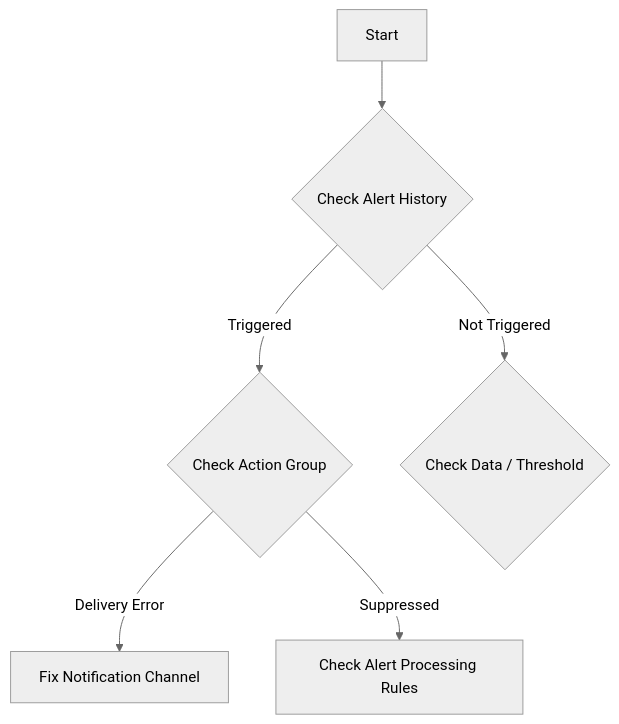
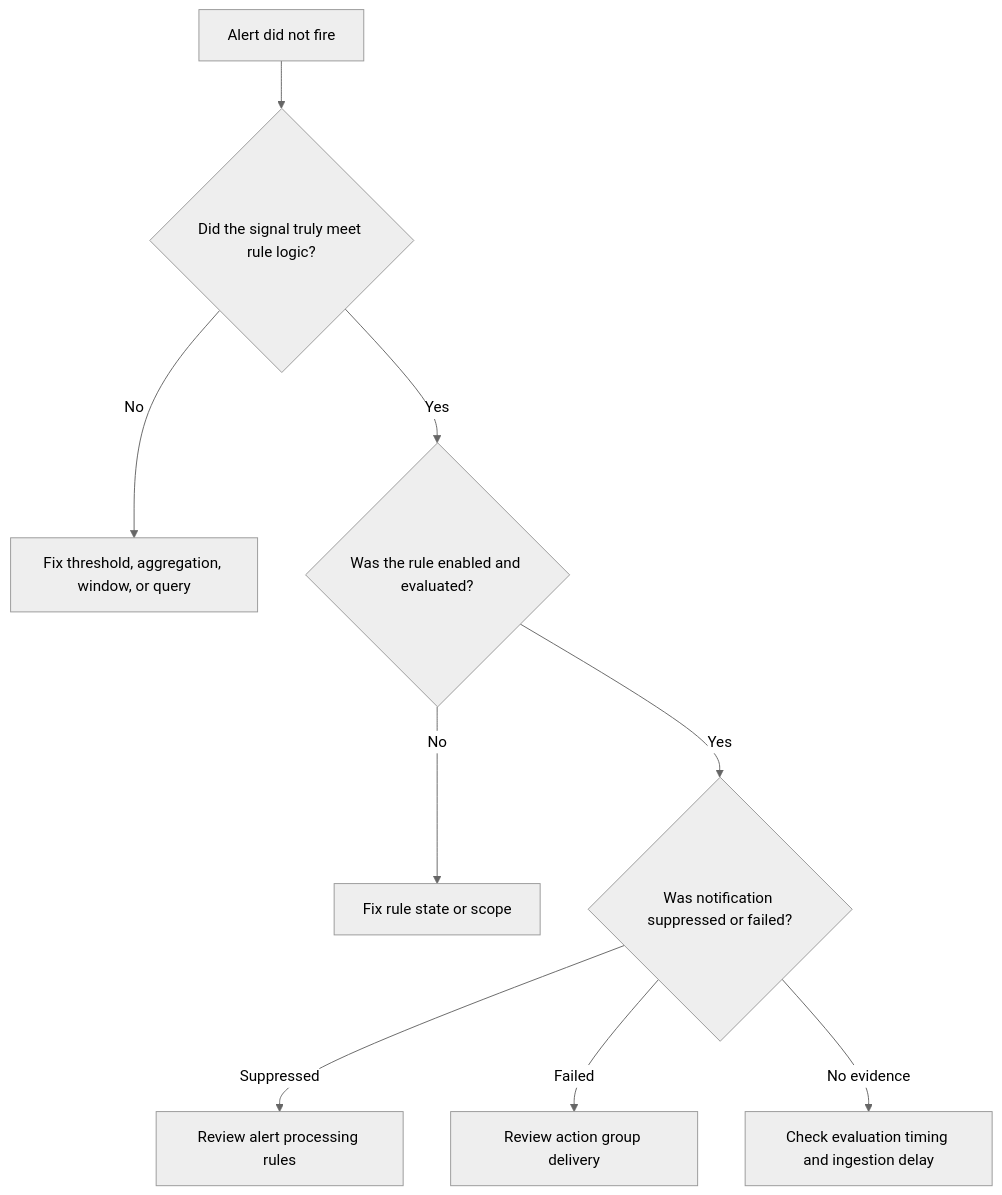
The diagram in docs/troubleshooting/playbooks/alert-not-firing.md (yeongseon/azure-monitoring-practical-guide), drawn with Mermaid (neutral theme) before and after one commit. The commit also changed other lines of this file and 50 other files, not shown here.

````diff
--- a/docs/troubleshooting/playbooks/alert-not-firing.md
+++ b/docs/troubleshooting/playbooks/alert-not-firing.md
@@ -17,8 +18,11 @@
 ```mermaid
 flowchart TD
-    A[Start] --> B{Check Alert History}
-    B -->|Triggered| C{Check Action Group}
-    B -->|Not Triggered| D{Check Data / Threshold}
-    C -->|Delivery Error| E[Fix Notification Channel]
-    C -->|Suppressed| F[Check Alert Processing Rules]
+    A[Alert did not fire] --> B{Did the signal truly meet rule logic?}
+    B -->|No| C[Fix threshold, aggregation, window, or query]
+    B -->|Yes| D{Was the rule enabled and evaluated?}
+    D -->|No| E[Fix rule state or scope]
+    D -->|Yes| F{Was notification suppressed or failed?}
+    F -->|Suppressed| G[Review alert processing rules]
+    F -->|Failed| H[Review action group delivery]
+    F -->|No evidence| I[Check evaluation timing and ingestion delay]
 ```
````
